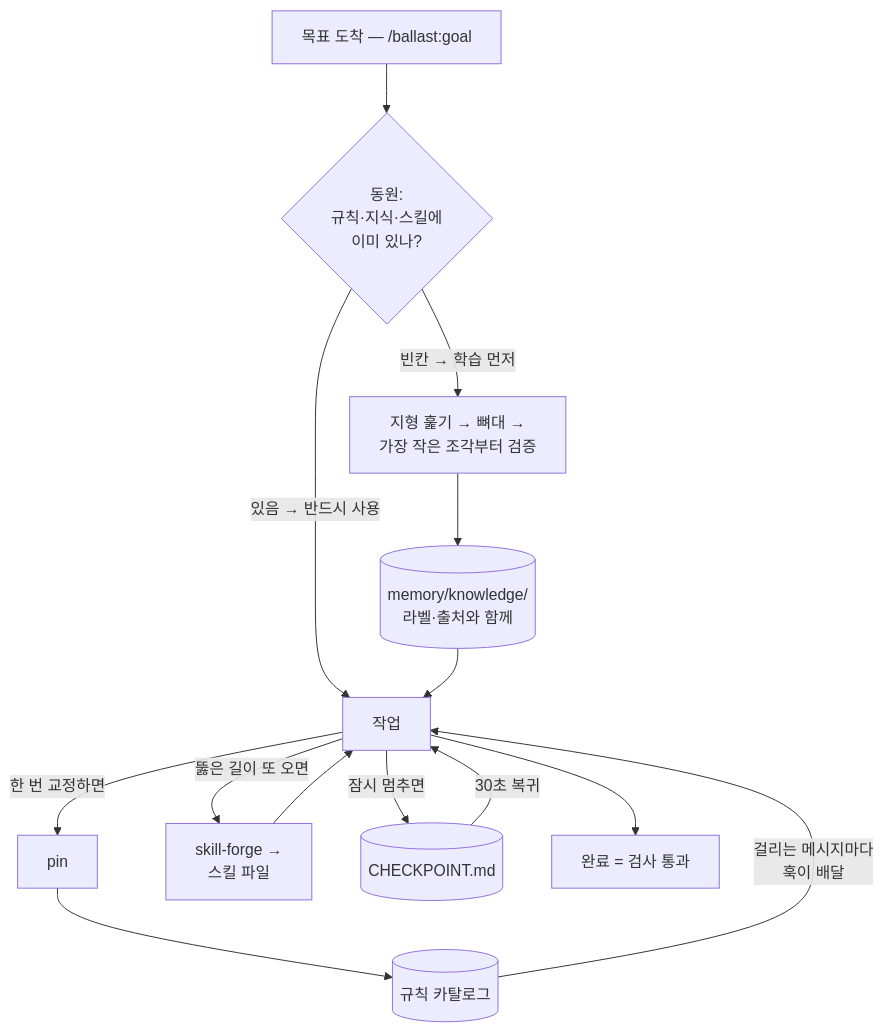
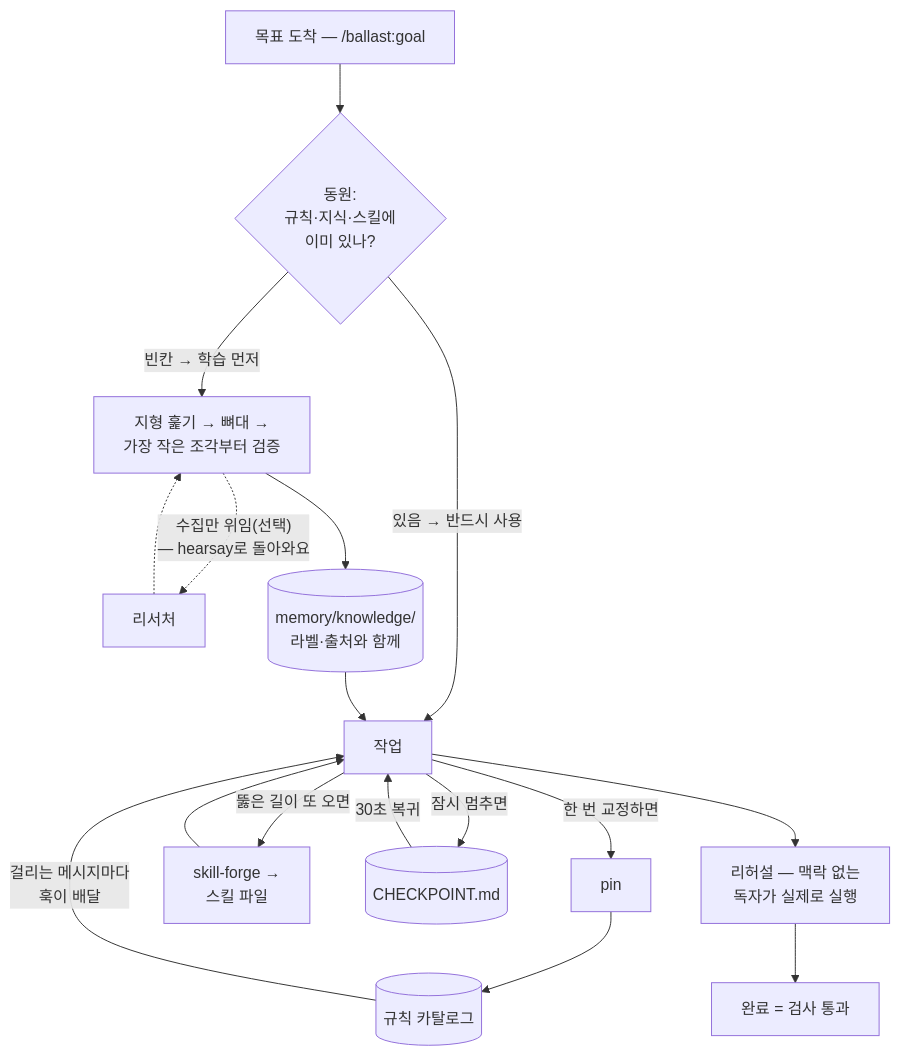
One commit to svy04/ballast changed the diagram in README.ko.md. Above: the diagram before and after it, drawn with Mermaid. The commit also changed other lines of this file and 1 other file, not shown here.

````diff
--- a/README.ko.md
+++ b/README.ko.md
@@ -83,13 +86,14 @@
 ```mermaid
 flowchart TD
     G["목표 도착 — /ballast:goal"] --> M{"동원:<br/>규칙·지식·스킬에<br/>이미 있나?"}
     M -- "있음 → 반드시 사용" --> W["작업"]
     M -- "빈칸 → 학습 먼저" --> L["지형 훑기 → 뼈대 →<br/>가장 작은 조각부터 검증"]
+    L -. "수집만 위임(선택)<br/>— hearsay로 돌아와요" .-> X["리서처"] -.-> L
     L --> K[("memory/knowledge/<br/>라벨·출처와 함께")]
     K --> W
     W -- "한 번 교정하면" --> P["pin"] --> R[("규칙 카탈로그")]
     R -- "걸리는 메시지마다<br/>훅이 배달" --> W
     W -- "뚫은 길이 또 오면" --> S["skill-forge →<br/>스킬 파일"] --> W
     W -- "잠시 멈추면" --> C[("CHECKPOINT.md")] -- "30초 복귀" --> W
-    W --> D["완료 = 검사 통과"]
+    W --> RH["리허설 — 맥락 없는<br/>독자가 실제로 실행"] --> D["완료 = 검사 통과"]
 ```
````
